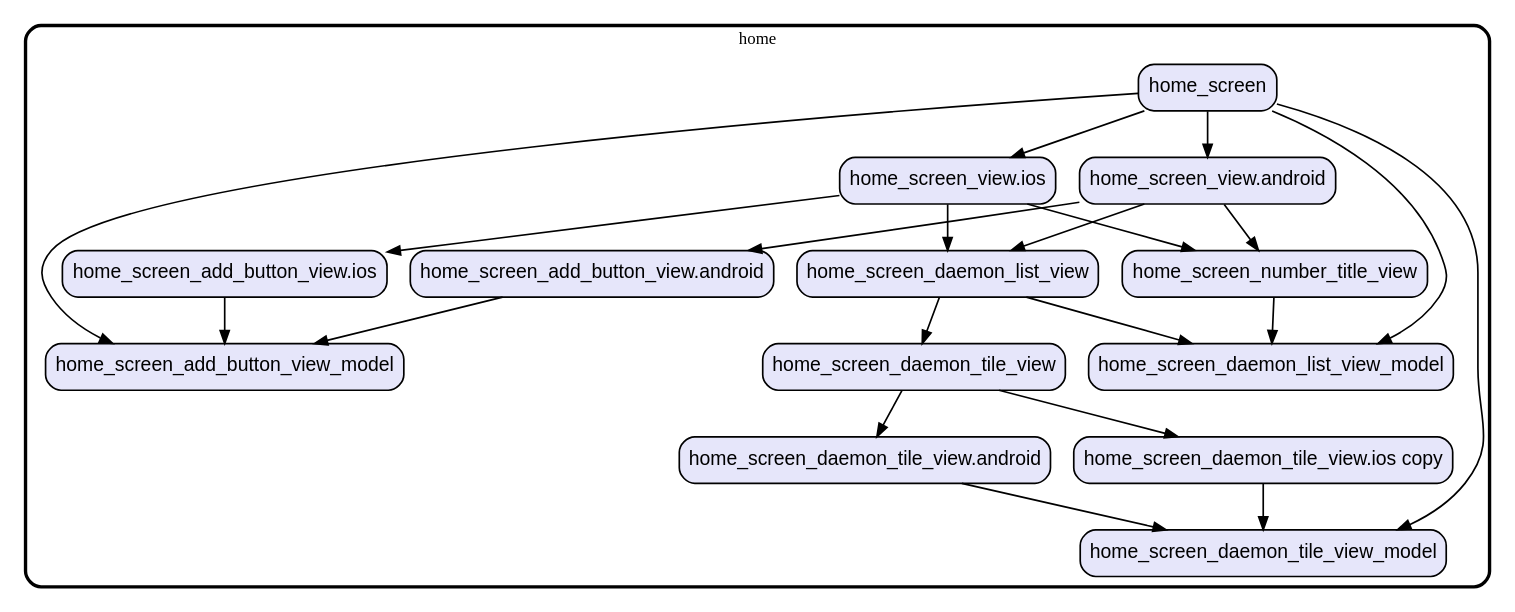
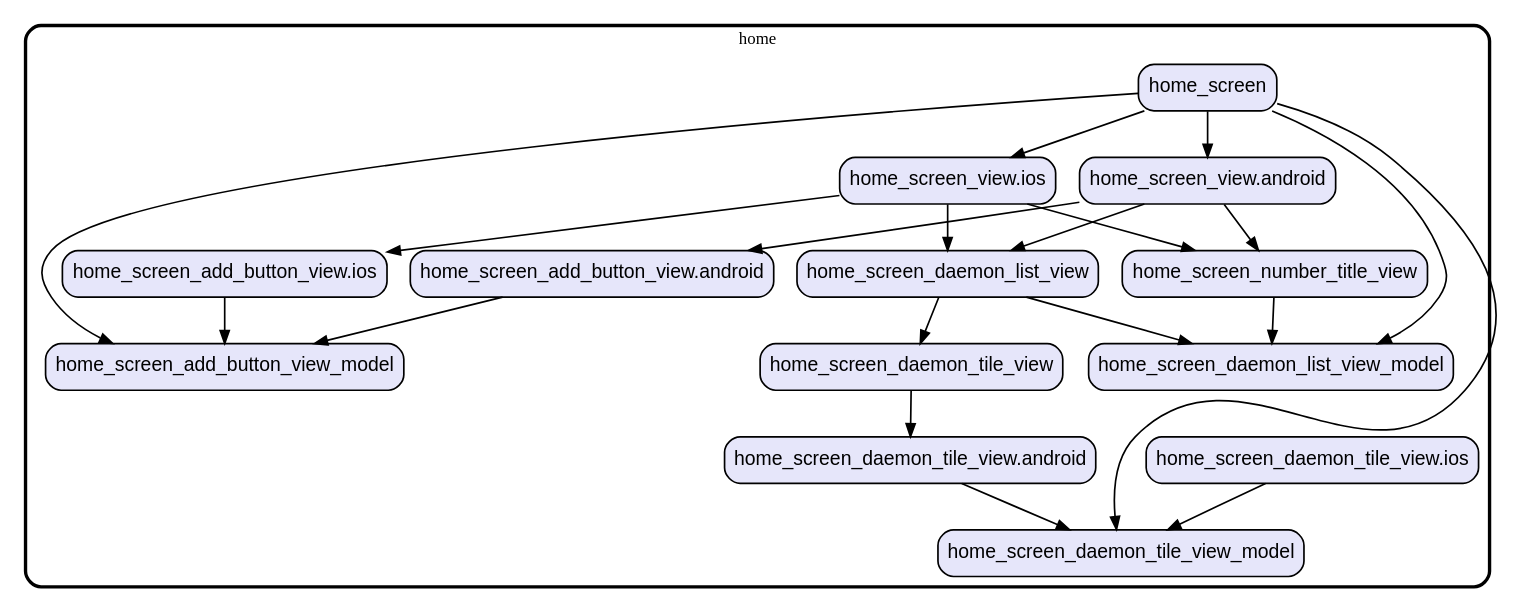
The diagram in graph/lib/ui/screens/home.dot (gev/reacthome-mobile), drawn with Graphviz before and after one commit. The commit also changed 5 other files, not shown here.

```diff
--- a/graph/lib/ui/screens/home.dot
+++ b/graph/lib/ui/screens/home.dot
@@ -1,54 +1,53 @@
 digraph "" {
   graph [style=rounded fontname="Arial Black" fontsize=13 penwidth=2.6];
   node [shape=rect style="filled,rounded" fontname=Arial fontsize=15 fillcolor=Lavender penwidth=1.3];
   edge [penwidth=1.3];
-  "/home_screen_daemon_tile_view.ios copy.dart" [label="home_screen_daemon_tile_view.ios copy"];
+  "/home_screen_daemon_tile_view.ios.dart" [label="home_screen_daemon_tile_view.ios"];
   "/home_screen_number_title_view.dart" [label="home_screen_number_title_view"];
   "/home_screen_add_button_view_model.dart" [label="home_screen_add_button_view_model"];
   "/home_screen_add_button_view.android.dart" [label="home_screen_add_button_view.android"];
   "/home_screen_view.android.dart" [label="home_screen_view.android"];
   "/home_screen_view.ios.dart" [label="home_screen_view.ios"];
   "/home_screen_daemon_tile_view_model.dart" [label="home_screen_daemon_tile_view_model"];
   "/home_screen_daemon_list_view_model.dart" [label="home_screen_daemon_list_view_model"];
   "/home_screen_daemon_tile_view.android.dart" [label="home_screen_daemon_tile_view.android"];
   "/home_screen_daemon_list_view.dart" [label="home_screen_daemon_list_view"];
   "/home_screen.dart" [label="home_screen"];
   "/home_screen_add_button_view.ios.dart" [label="home_screen_add_button_view.ios"];
   "/home_screen_daemon_tile_view.dart" [label="home_screen_daemon_tile_view"];
   subgraph "cluster~" {
     label="home";
-    "/home_screen_daemon_tile_view.ios copy.dart";
+    "/home_screen_daemon_tile_view.ios.dart";
     "/home_screen_number_title_view.dart";
     "/home_screen_add_button_view_model.dart";
     "/home_screen_add_button_view.android.dart";
     "/home_screen_view.android.dart";
     "/home_screen_view.ios.dart";
     "/home_screen_daemon_tile_view_model.dart";
     "/home_screen_daemon_list_view_model.dart";
     "/home_screen_daemon_tile_view.android.dart";
     "/home_screen_daemon_list_view.dart";
     "/home_screen.dart";
     "/home_screen_add_button_view.ios.dart";
     "/home_screen_daemon_tile_view.dart";
   }
-  "/home_screen_daemon_tile_view.ios copy.dart" -> "/home_screen_daemon_tile_view_model.dart";
+  "/home_screen_daemon_tile_view.ios.dart" -> "/home_screen_daemon_tile_view_model.dart";
   "/home_screen_number_title_view.dart" -> "/home_screen_daemon_list_view_model.dart";
   "/home_screen_add_button_view.android.dart" -> "/home_screen_add_button_view_model.dart";
   "/home_screen_view.android.dart" -> "/home_screen_add_button_view.android.dart";
   "/home_screen_view.android.dart" -> "/home_screen_daemon_list_view.dart";
   "/home_screen_view.android.dart" -> "/home_screen_number_title_view.dart";
   "/home_screen_view.ios.dart" -> "/home_screen_add_button_view.ios.dart";
   "/home_screen_view.ios.dart" -> "/home_screen_daemon_list_view.dart";
   "/home_screen_view.ios.dart" -> "/home_screen_number_title_view.dart";
   "/home_screen_daemon_tile_view.android.dart" -> "/home_screen_daemon_tile_view_model.dart";
   "/home_screen_daemon_list_view.dart" -> "/home_screen_daemon_list_view_model.dart";
   "/home_screen_daemon_list_view.dart" -> "/home_screen_daemon_tile_view.dart";
   "/home_screen.dart" -> "/home_screen_add_button_view_model.dart";
   "/home_screen.dart" -> "/home_screen_daemon_list_view_model.dart";
   "/home_screen.dart" -> "/home_screen_daemon_tile_view_model.dart";
   "/home_screen.dart" -> "/home_screen_view.android.dart";
   "/home_screen.dart" -> "/home_screen_view.ios.dart";
   "/home_screen_add_button_view.ios.dart" -> "/home_screen_add_button_view_model.dart";
   "/home_screen_daemon_tile_view.dart" -> "/home_screen_daemon_tile_view.android.dart";
-  "/home_screen_daemon_tile_view.dart" -> "/home_screen_daemon_tile_view.ios copy.dart";
 }
```
